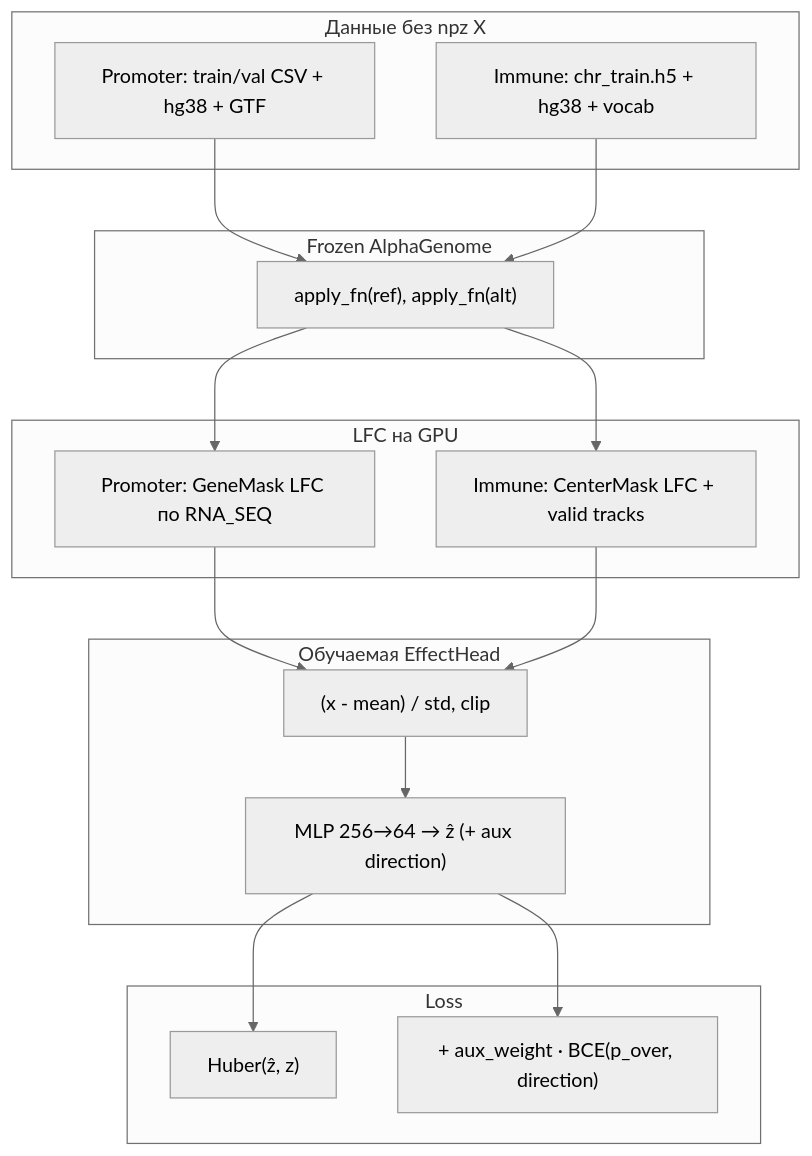
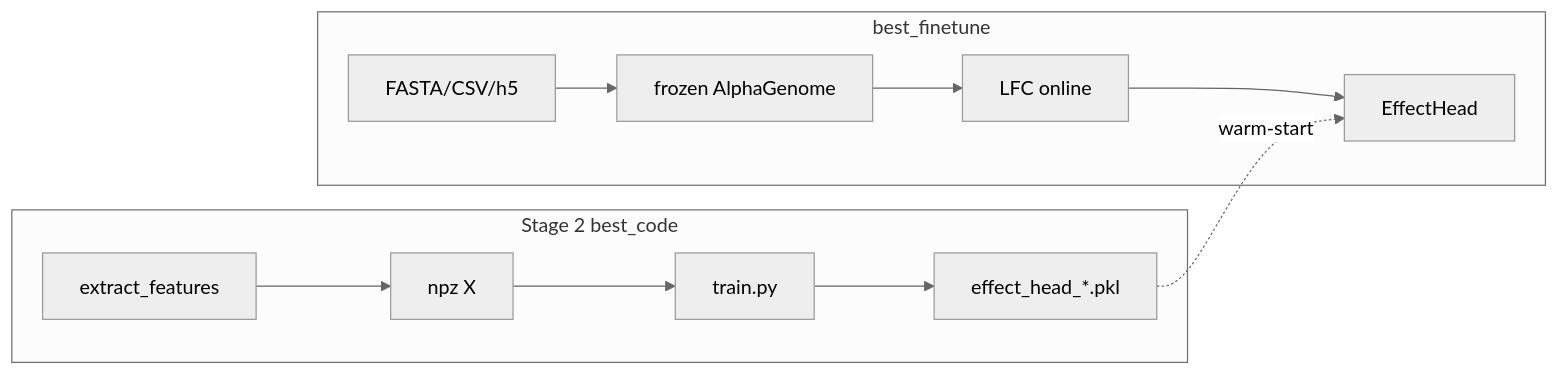
Before and after one commit to DianaSmirnova03/alphagenome: the diagram in best_finetune/README.md, drawn with Mermaid (neutral theme). The commit also changed other lines of this file and 24 other files, not shown here.

First line of the commit message:
Restructure best_finetune and expand E2E documentation.

````diff
--- a/best_finetune/README.md
+++ b/best_finetune/README.md
@@ -44,36 +62,14 @@
 ```mermaid
-flowchart TB
-  subgraph data [Данные без npz X]
-    PCSV["Promoter: train/val CSV + hg38 + GTF"]
-    IH5["Immune: chr_train.h5 + hg38 + vocab"]
+flowchart LR
+  subgraph S2 [Stage 2 best_code]
+    EX[extract_features] --> NPZ[npz X]
+    NPZ --> TR[train.py]
+    TR --> PKL[effect_head_*.pkl]
   end
-
-  subgraph frozen [Frozen AlphaGenome]
-    AG["apply_fn(ref), apply_fn(alt)"]
+  subgraph E2E [best_finetune]
+    FASTA[FASTA/CSV/h5] --> AG[frozen AlphaGenome]
+    AG --> LFC[LFC online]
+    LFC --> HD[EffectHead]
+    PKL -. warm-start .-> HD
   end
-
-  subgraph lfc [LFC на GPU]
-    GM["Promoter: GeneMask LFC по RNA_SEQ"]
-    CM["Immune: CenterMask LFC + valid tracks"]
-  end
-
-  subgraph head [Обучаемая EffectHead]
-    SCL["(x - mean) / std, clip"]
-    MLP["MLP 256→64 → ẑ (+ aux direction)"]
-  end
-
-  subgraph loss [Loss]
-    H["Huber(ẑ, z)"]
-    B["+ aux_weight · BCE(p_over, direction)"]
-  end
-
-  PCSV --> AG
-  IH5 --> AG
-  AG --> GM
-  AG --> CM
-  GM --> SCL
-  CM --> SCL
-  SCL --> MLP
-  MLP --> H
-  MLP --> B
 ```
````
